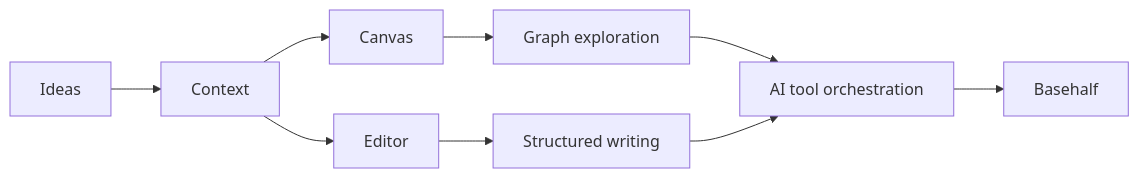
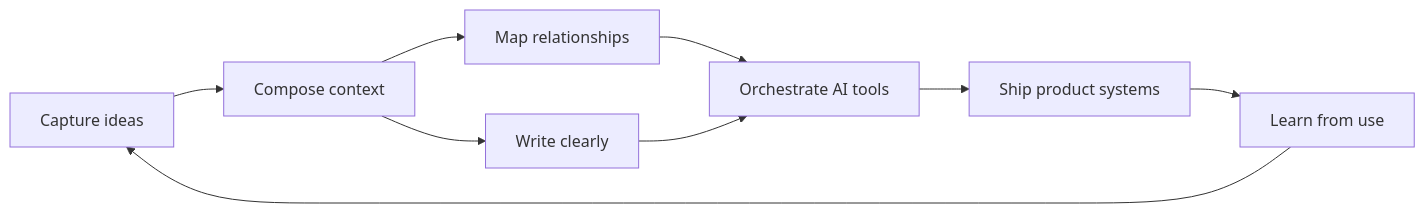
Before and after one commit to aron-76/aron-76: the diagram in README.md, drawn with Mermaid. The commit also changed other lines of this file, not shown here.

````diff
--- a/README.md
+++ b/README.md
@@ -29,11 +46,11 @@
 ```mermaid
 flowchart LR
-  A[Ideas] --> B[Context]
-  B --> C[Canvas]
-  B --> D[Editor]
-  C --> E[Graph exploration]
-  D --> F[Structured writing]
-  E --> G[AI tool orchestration]
-  F --> G
-  G --> H[Basehalf]
+  Capture[Capture ideas] --> Compose[Compose context]
+  Compose --> Map[Map relationships]
+  Compose --> Write[Write clearly]
+  Map --> Orchestrate[Orchestrate AI tools]
+  Write --> Orchestrate
+  Orchestrate --> Ship[Ship product systems]
+  Ship --> Learn[Learn from use]
+  Learn --> Capture
 ```
````
